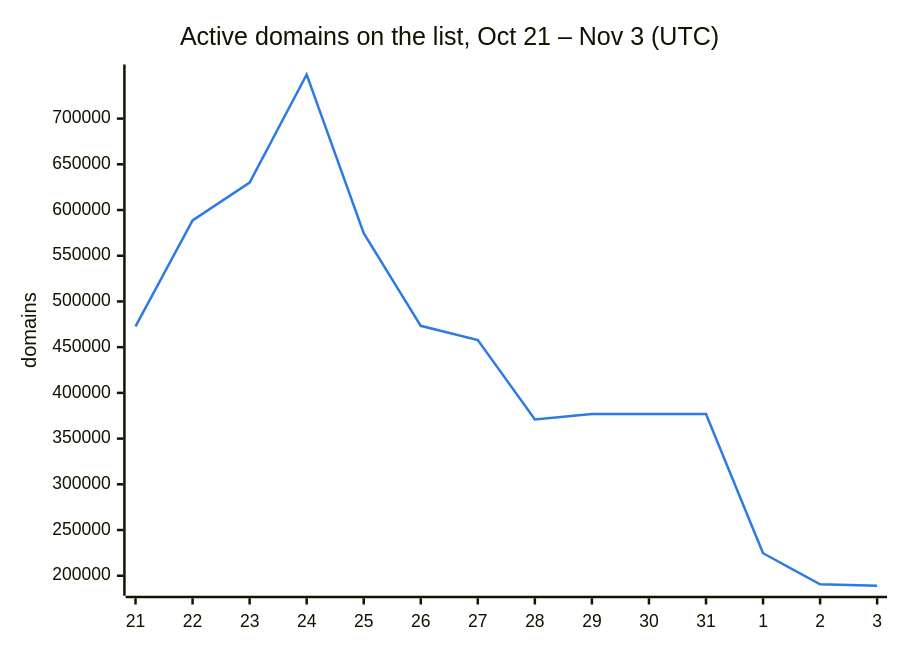
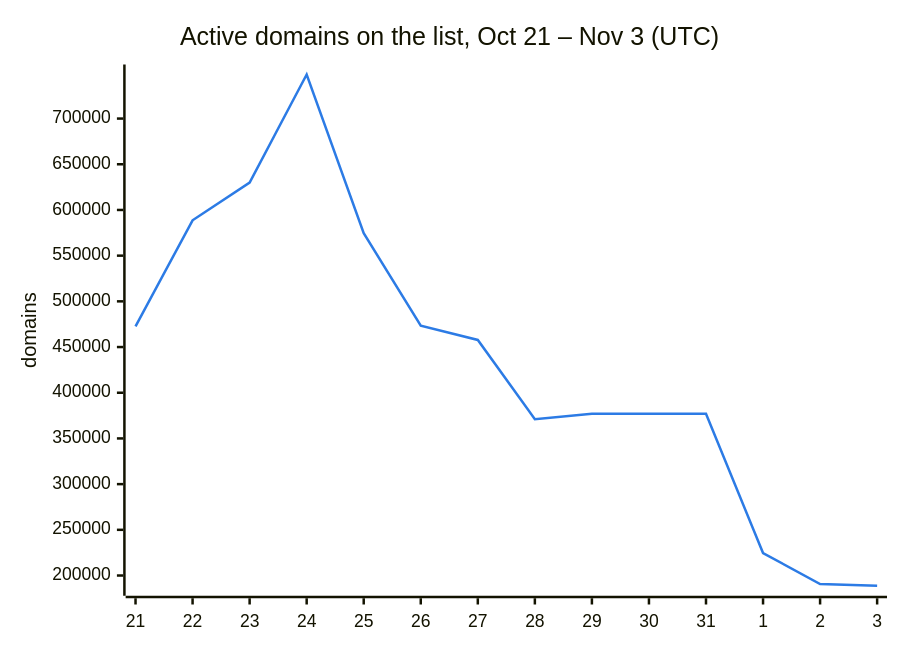
One commit to DNSBunker/CTI changed the second of 3 diagrams in README.md. Above: the diagram before and after it, drawn with Mermaid. The commit also changed other lines of this file and 3 other files, not shown here.

````diff
--- a/README.md
+++ b/README.md
@@ -38,8 +38,8 @@
 ```mermaid
 %%{init: {"themeVariables": {"xyChart": {"plotColorPalette": "#2c7be5"}}}}%%
 xychart-beta
     title "Active domains on the list, Oct 21 – Nov 3 (UTC)"
     x-axis ["21", "22", "23", "24", "25", "26", "27", "28", "29", "30", "31", "1", "2", "3"]
     y-axis "domains"
-    line [472713, 588659, 629951, 748222, 574614, 473331, 457795, 371010, 376945, 376945, 376945, 224607, 190603, 189048]
+    line [472713, 588659, 629951, 748222, 574614, 473331, 457795, 371010, 376945, 376945, 376945, 224607, 190603, 188804]
 ```
````
